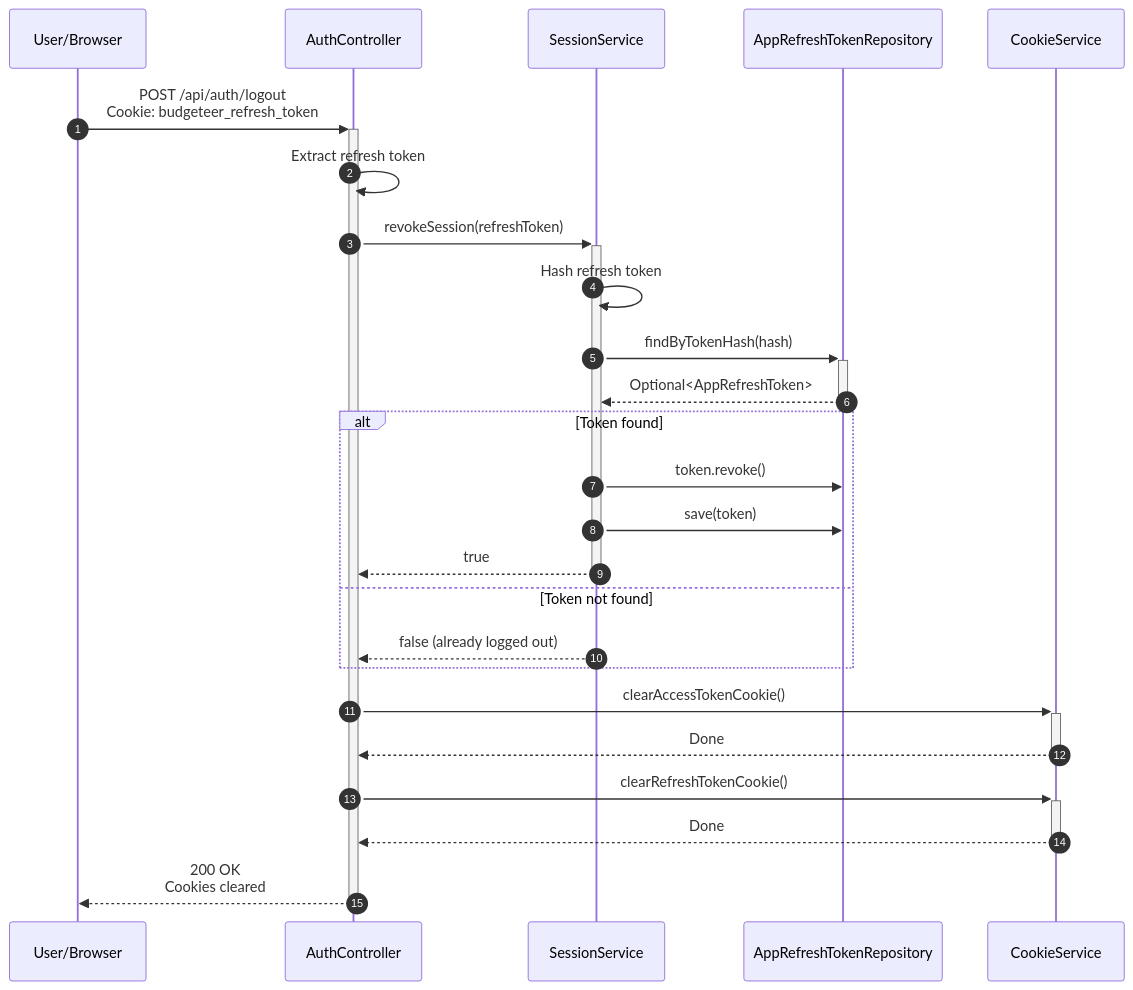
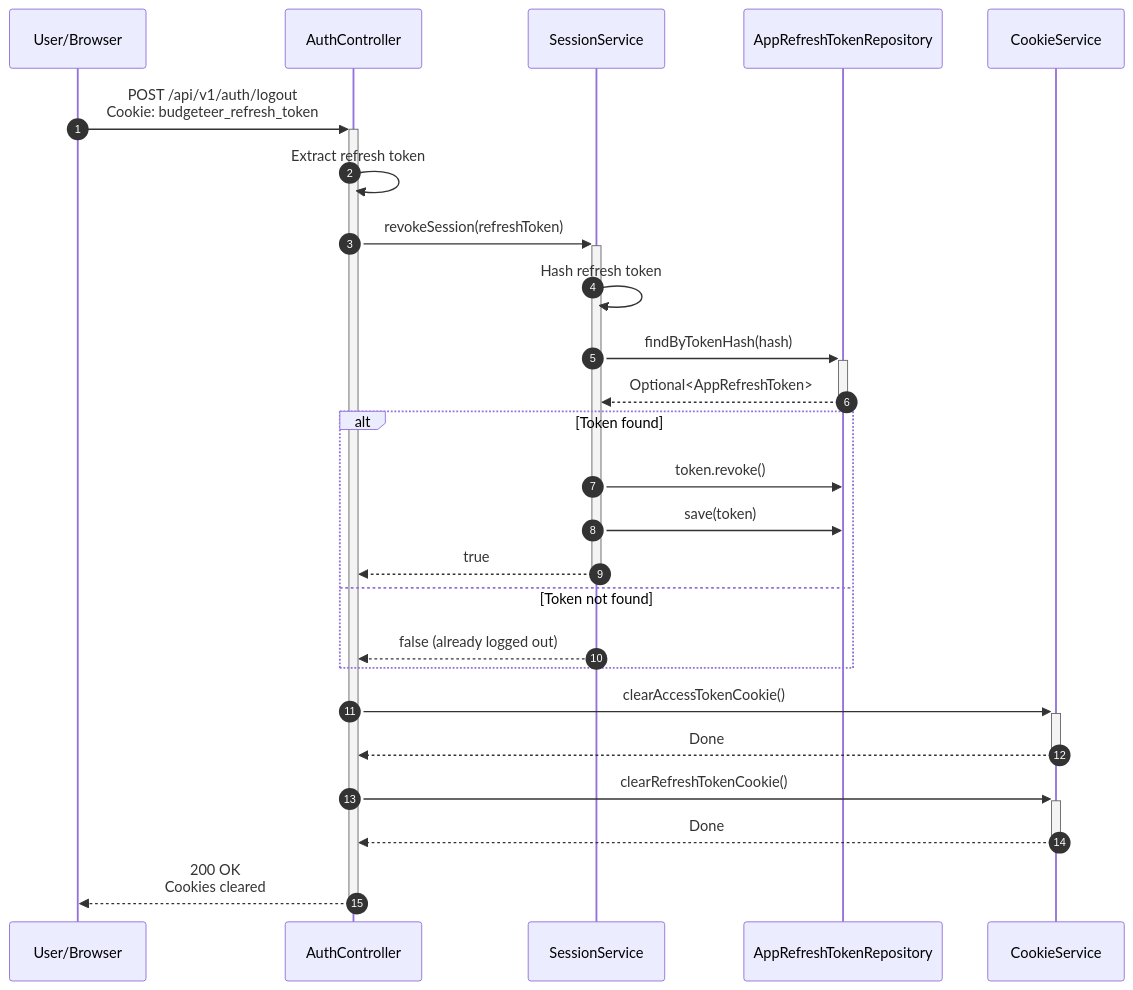
One commit to alexandermfisher/budgeteer changed the ninth of 10 diagrams in docs/diagrams/user-authentication-flow.md. Above: the diagram before and after it, drawn with Mermaid. The commit also changed other lines of this file and 19 other files, not shown here.

````diff
--- a/docs/diagrams/user-authentication-flow.md
+++ b/docs/diagrams/user-authentication-flow.md
@@ -312,32 +312,32 @@
 ```mermaid
 sequenceDiagram
     autonumber
     participant U as User/Browser
     participant AC as AuthController
     participant SS as SessionService
     participant RTR as AppRefreshTokenRepository
     participant CS as CookieService
 
-    U->>+AC: POST /api/auth/logout<br/>Cookie: budgeteer_refresh_token
+    U->>+AC: POST /api/v1/auth/logout<br/>Cookie: budgeteer_refresh_token
     AC->>AC: Extract refresh token
     AC->>+SS: revokeSession(refreshToken)
     
     SS->>SS: Hash refresh token
     SS->>+RTR: findByTokenHash(hash)
     RTR-->>-SS: Optional<AppRefreshToken>
     
     alt Token found
         SS->>RTR: token.revoke()
         SS->>RTR: save(token)
         SS-->>-AC: true
     else Token not found
         SS-->>AC: false (already logged out)
     end
     
     AC->>+CS: clearAccessTokenCookie()
     CS-->>-AC: Done
     AC->>+CS: clearRefreshTokenCookie()
     CS-->>-AC: Done
     
     AC-->>-U: 200 OK<br/>Cookies cleared
 ```
````
